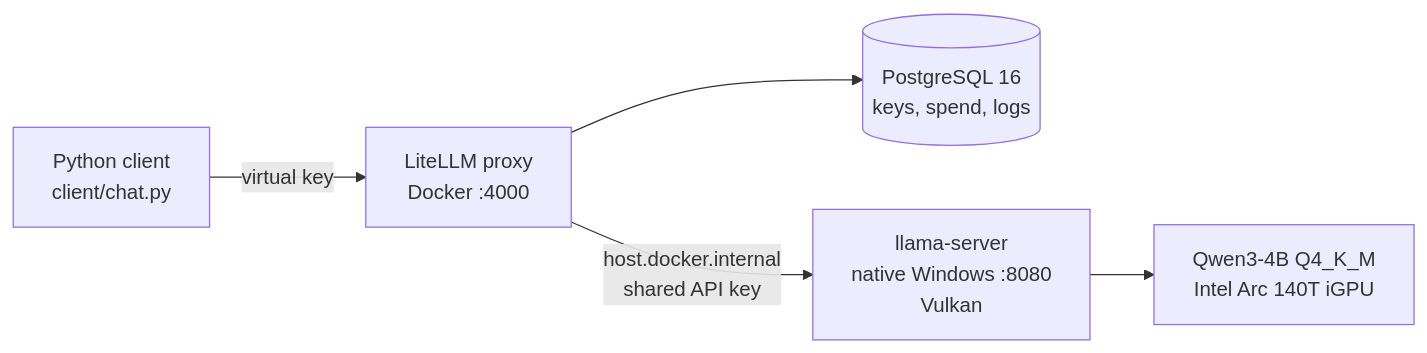
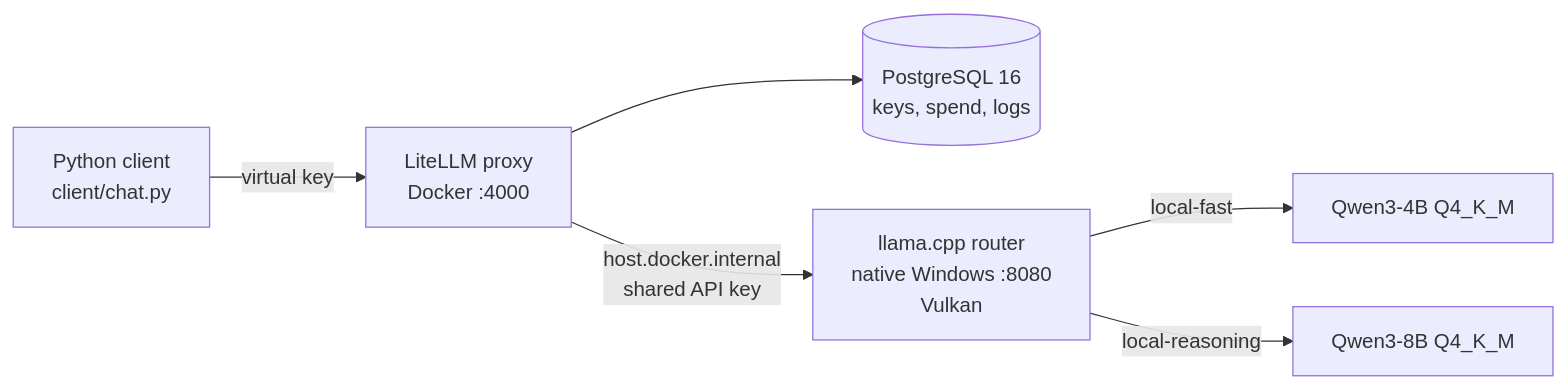
One commit to nelsonandreproton/litellm-lab changed the diagram in README.md. Above: the diagram before and after it, drawn with Mermaid. The commit also changed other lines of this file, not shown here.

Commit message:
README: router setup, two models, benchmark summary

````diff
--- a/README.md
+++ b/README.md
@@ -7,7 +7,8 @@
 ```mermaid
 flowchart LR
     C["Python client<br/>client/chat.py"] -->|virtual key| L["LiteLLM proxy<br/>Docker :4000"]
     L --> P[("PostgreSQL 16<br/>keys, spend, logs")]
-    L -->|"host.docker.internal<br/>shared API key"| S["llama-server<br/>native Windows :8080<br/>Vulkan"]
-    S --> M["Qwen3-4B Q4_K_M<br/>Intel Arc 140T iGPU"]
+    L -->|"host.docker.internal<br/>shared API key"| R["llama.cpp router<br/>native Windows :8080<br/>Vulkan"]
+    R -->|local-fast| M1["Qwen3-4B Q4_K_M"]
+    R -->|local-reasoning| M2["Qwen3-8B Q4_K_M"]
 ```
````
